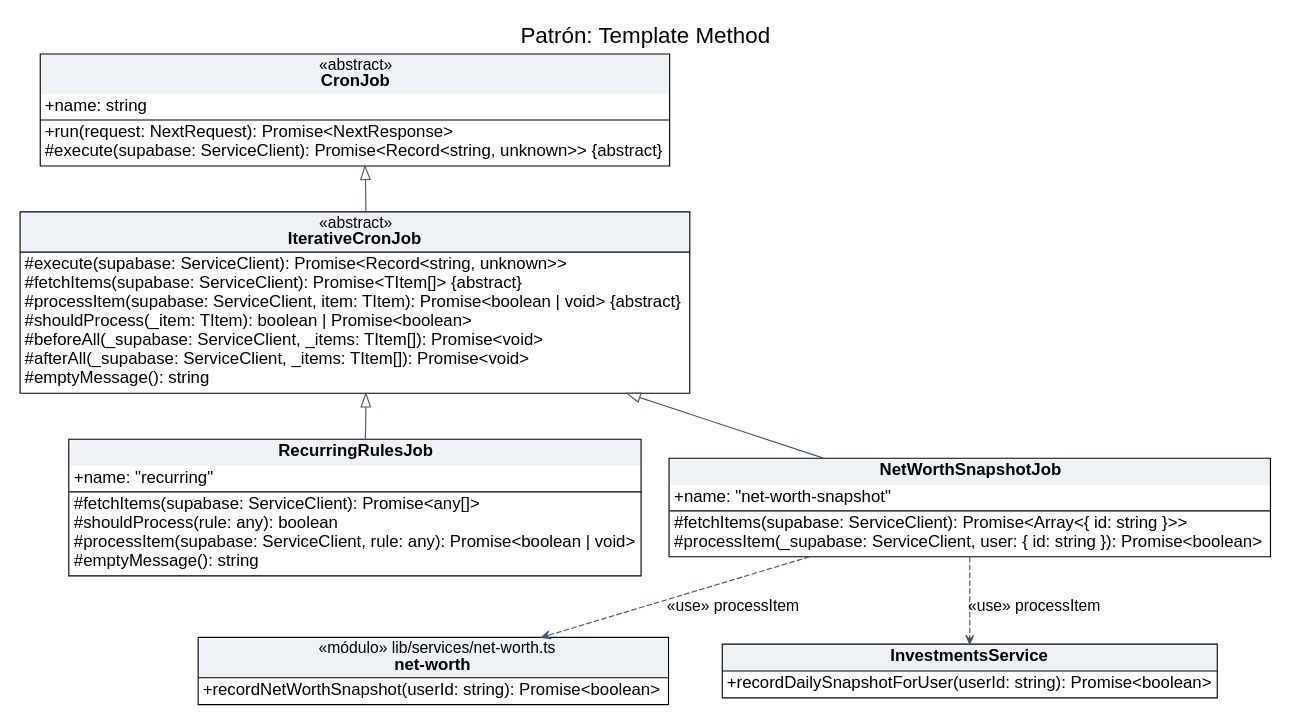
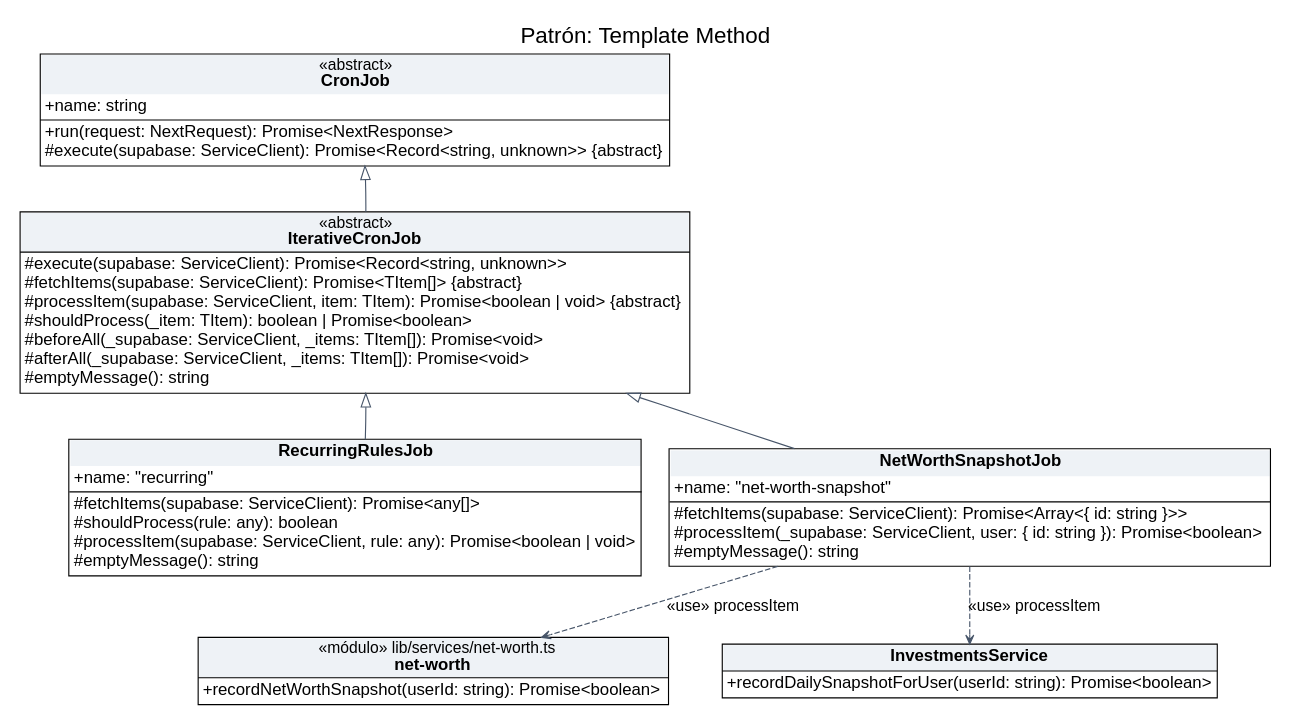
One commit to jeffreydtz/zarix changed the diagram in docs/tif/v2.28/diagramas/PATRONES-Cron.dot. Above: the diagram before and after it, drawn with Graphviz. The commit also changed 9 other files, not shown here.

First line of the commit message:
docs(tif): alinear Fig. 14, 40 y 48 con el código de c830f85

```diff
--- a/docs/tif/v2.28/diagramas/PATRONES-Cron.dot
+++ b/docs/tif/v2.28/diagramas/PATRONES-Cron.dot
@@ -1,24 +1,24 @@
 digraph G {
 graph [rankdir=TB,bgcolor="white",fontname="Arial",pad="0.15",nodesep="0.35",ranksep="0.55",splines=polyline];
 node [fontname="Arial",fontsize=15,shape=plain];
 edge [fontname="Arial",fontsize=14,color="#475569",arrowsize=0.8];
 label="Patrón: Template Method"; labelloc=t; fontsize=20;
 cj [label=<<TABLE BORDER="1" CELLBORDER="0" CELLSPACING="0" CELLPADDING="3"><TR><TD BGCOLOR="#eef2f6"><FONT POINT-SIZE="14">«abstract»</FONT><BR/><B>CronJob</B></TD></TR><TR><TD ALIGN="LEFT" BALIGN="LEFT">+name: string</TD></TR><HR/><TR><TD ALIGN="LEFT" BALIGN="LEFT">+run(request: NextRequest): Promise&lt;NextResponse&gt;<BR/>#execute(supabase: ServiceClient): Promise&lt;Record&lt;string, unknown&gt;&gt; {abstract}</TD></TR></TABLE>>];
 ij [label=<<TABLE BORDER="1" CELLBORDER="0" CELLSPACING="0" CELLPADDING="3"><TR><TD BGCOLOR="#eef2f6"><FONT POINT-SIZE="14">«abstract»</FONT><BR/><B>IterativeCronJob</B></TD></TR><HR/><TR><TD ALIGN="LEFT" BALIGN="LEFT">#execute(supabase: ServiceClient): Promise&lt;Record&lt;string, unknown&gt;&gt;<BR/>#fetchItems(supabase: ServiceClient): Promise&lt;TItem[]&gt; {abstract}<BR/>#processItem(supabase: ServiceClient, item: TItem): Promise&lt;boolean | void&gt; {abstract}<BR/>#shouldProcess(_item: TItem): boolean | Promise&lt;boolean&gt;<BR/>#beforeAll(_supabase: ServiceClient, _items: TItem[]): Promise&lt;void&gt;<BR/>#afterAll(_supabase: ServiceClient, _items: TItem[]): Promise&lt;void&gt;<BR/>#emptyMessage(): string</TD></TR></TABLE>>];
 rj [label=<<TABLE BORDER="1" CELLBORDER="0" CELLSPACING="0" CELLPADDING="3"><TR><TD BGCOLOR="#eef2f6"><B>RecurringRulesJob</B></TD></TR><TR><TD ALIGN="LEFT" BALIGN="LEFT">+name: "recurring"</TD></TR><HR/><TR><TD ALIGN="LEFT" BALIGN="LEFT">#fetchItems(supabase: ServiceClient): Promise&lt;any[]&gt;<BR/>#shouldProcess(rule: any): boolean<BR/>#processItem(supabase: ServiceClient, rule: any): Promise&lt;boolean | void&gt;<BR/>#emptyMessage(): string</TD></TR></TABLE>>];
-nw [label=<<TABLE BORDER="1" CELLBORDER="0" CELLSPACING="0" CELLPADDING="3"><TR><TD BGCOLOR="#eef2f6"><B>NetWorthSnapshotJob</B></TD></TR><TR><TD ALIGN="LEFT" BALIGN="LEFT">+name: "net-worth-snapshot"</TD></TR><HR/><TR><TD ALIGN="LEFT" BALIGN="LEFT">#fetchItems(supabase: ServiceClient): Promise&lt;Array&lt;{ id: string }&gt;&gt;<BR/>#processItem(_supabase: ServiceClient, user: { id: string }): Promise&lt;boolean&gt;</TD></TR></TABLE>>];
+nw [label=<<TABLE BORDER="1" CELLBORDER="0" CELLSPACING="0" CELLPADDING="3"><TR><TD BGCOLOR="#eef2f6"><B>NetWorthSnapshotJob</B></TD></TR><TR><TD ALIGN="LEFT" BALIGN="LEFT">+name: "net-worth-snapshot"</TD></TR><HR/><TR><TD ALIGN="LEFT" BALIGN="LEFT">#fetchItems(supabase: ServiceClient): Promise&lt;Array&lt;{ id: string }&gt;&gt;<BR/>#processItem(_supabase: ServiceClient, user: { id: string }): Promise&lt;boolean&gt;<BR/>#emptyMessage(): string</TD></TR></TABLE>>];
 ivs [label=<<TABLE BORDER="1" CELLBORDER="0" CELLSPACING="0" CELLPADDING="3"><TR><TD BGCOLOR="#eef2f6"><B>InvestmentsService</B></TD></TR><HR/><TR><TD ALIGN="LEFT" BALIGN="LEFT">+recordDailySnapshotForUser(userId: string): Promise&lt;boolean&gt;</TD></TR></TABLE>>];
 nwm [label=<<TABLE BORDER="1" CELLBORDER="0" CELLSPACING="0" CELLPADDING="3"><TR><TD BGCOLOR="#eef2f6"><FONT POINT-SIZE="14">«módulo» lib/services/net-worth.ts</FONT><BR/><B>net-worth</B></TD></TR><HR/><TR><TD ALIGN="LEFT" BALIGN="LEFT">+recordNetWorthSnapshot(userId: string): Promise&lt;boolean&gt;</TD></TR></TABLE>>];
 ij -> cj [arrowhead=onormal,arrowsize=1.2];
 rj -> ij [arrowhead=onormal,arrowsize=1.2];
 nw -> ij [arrowhead=onormal,arrowsize=1.2];
 nw -> nwm [style=dashed,arrowhead=vee,label="«use» processItem"];
 nw -> ivs [style=dashed,arrowhead=vee,label="«use» processItem"];
 {rank=same; cj;}
 {rank=same; ij;}
 {rank=same; rj; nw;}
 {rank=same; nwm; ivs;}
 cj -> ij [style=invis];
 ij -> rj [style=invis];
 rj -> nwm [style=invis];
 }
```
